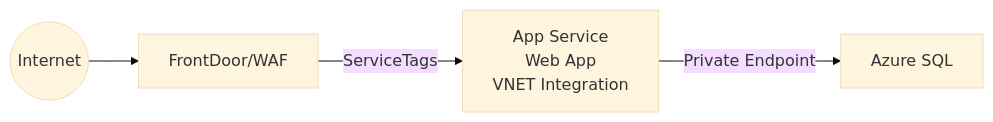
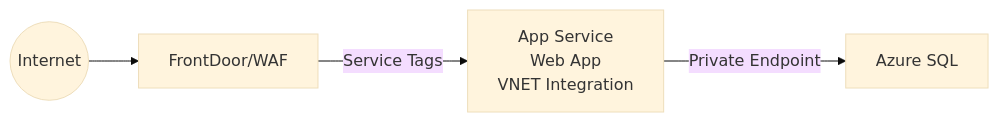
One commit to msalemor/app-services-networking changed the fourth of 6 diagrams in README.md. Above: the diagram before and after it, drawn with Mermaid (base theme). The commit also changed other lines of this file, not shown here.

````diff
--- a/README.md
+++ b/README.md
@@ -74,6 +74,6 @@
 ```mermaid
 graph LR;
     A((Internet))-->B[FrontDoor/WAF];
-    B-- ServiceTags -->C[App Service<br/>Web App<br/>VNET Integration];
+    B-- Service Tags -->C[App Service<br/>Web App<br/>VNET Integration];
     C-- Private Endpoint-->D[Azure SQL];   
 ```
````
